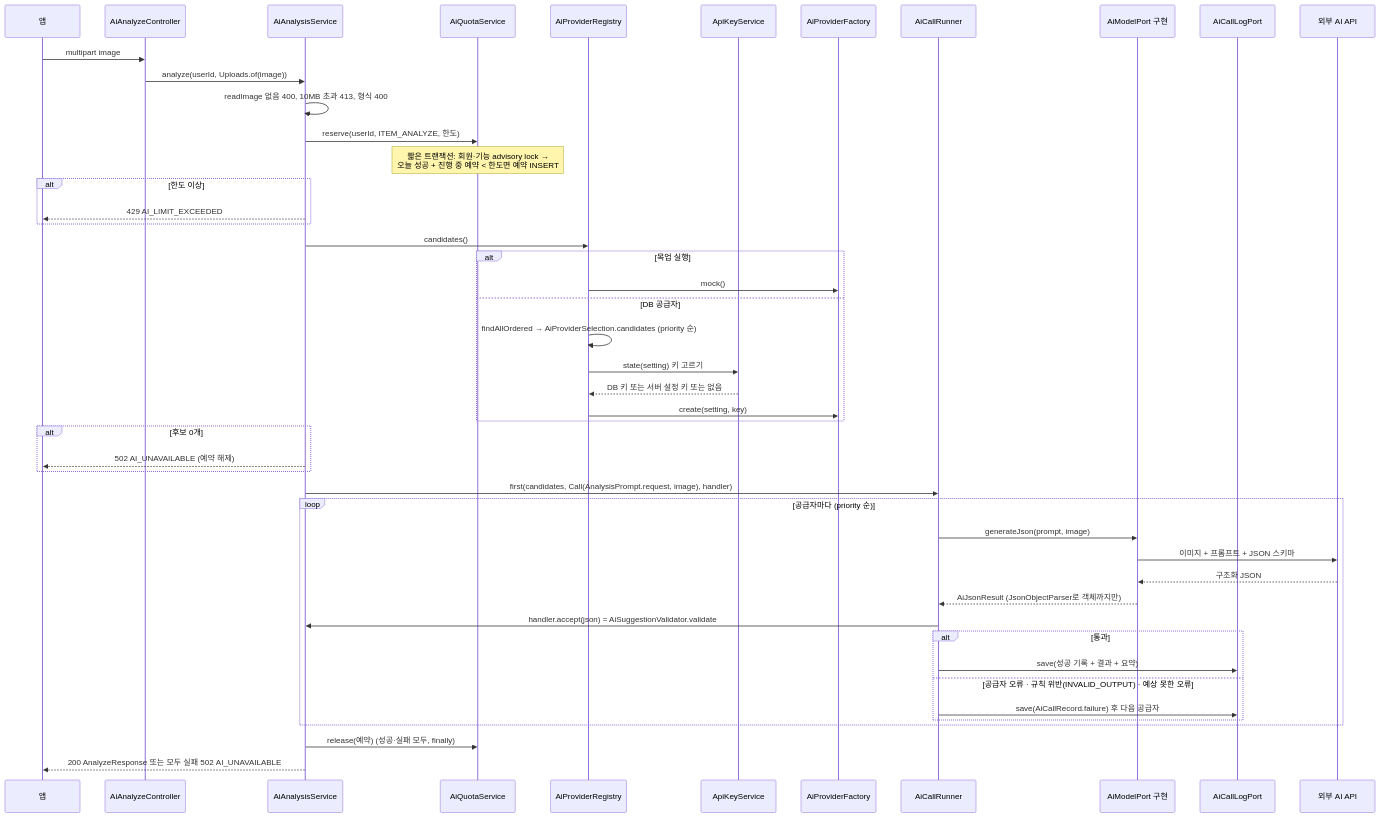
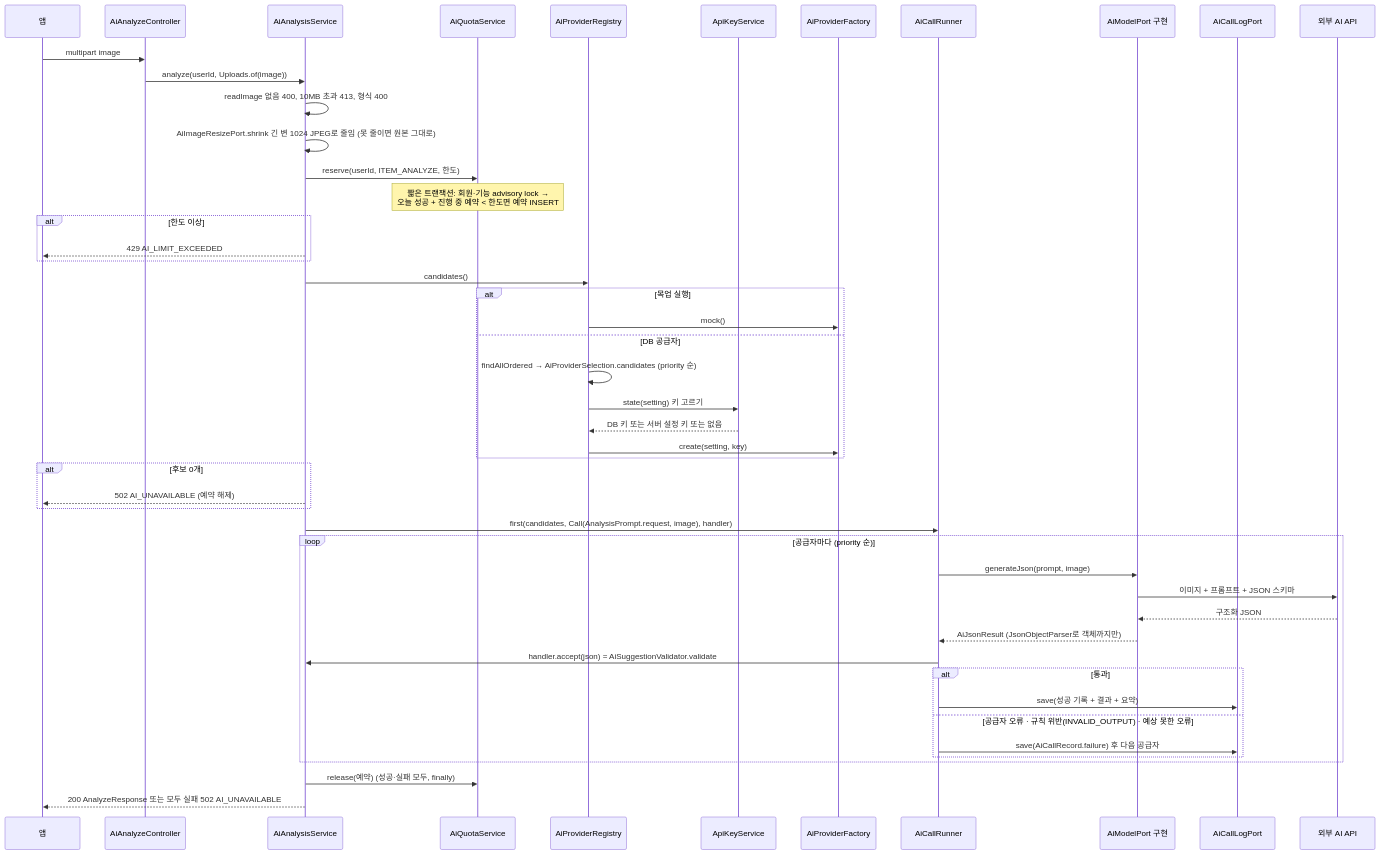
The seventh of 15 diagrams in doc/10_백엔드_흐름.md (showzone83/wearly), drawn with Mermaid before and after one commit. The commit also changed other lines of this file and 16 other files, not shown here.

````diff
--- a/doc/10_백엔드_흐름.md
+++ b/doc/10_백엔드_흐름.md
@@ -452,50 +471,51 @@
 ```mermaid
 sequenceDiagram
   participant C as 앱
   participant AC as AiAnalyzeController
   participant AS as AiAnalysisService
   participant QS as AiQuotaService
   participant RG as AiProviderRegistry
   participant KS as ApiKeyService
   participant FC as AiProviderFactory
   participant RN as AiCallRunner
   participant MP as AiModelPort 구현
   participant LG as AiCallLogPort
   participant X as 외부 AI API
 
   C->>AC: multipart image
   AC->>AS: analyze(userId, Uploads.of(image))
   AS->>AS: readImage 없음 400, 10MB 초과 413, 형식 400
+  AS->>AS: AiImageResizePort.shrink 긴 변 1024 JPEG로 줄임 (못 줄이면 원본 그대로)
   AS->>QS: reserve(userId, ITEM_ANALYZE, 한도)
   Note over QS: 짧은 트랜잭션: 회원·기능 advisory lock →<br/>오늘 성공 + 진행 중 예약 < 한도면 예약 INSERT
   alt 한도 이상
     AS-->>C: 429 AI_LIMIT_EXCEEDED
   end
   AS->>RG: candidates()
   alt 목업 실행
     RG->>FC: mock()
   else DB 공급자
     RG->>RG: findAllOrdered → AiProviderSelection.candidates (priority 순)
     RG->>KS: state(setting) 키 고르기
     KS-->>RG: DB 키 또는 서버 설정 키 또는 없음
     RG->>FC: create(setting, key)
   end
   alt 후보 0개
     AS-->>C: 502 AI_UNAVAILABLE (예약 해제)
   end
   AS->>RN: first(candidates, Call(AnalysisPrompt.request, image), handler)
   loop 공급자마다 (priority 순)
     RN->>MP: generateJson(prompt, image)
     MP->>X: 이미지 + 프롬프트 + JSON 스키마
     X-->>MP: 구조화 JSON
     MP-->>RN: AiJsonResult (JsonObjectParser로 객체까지만)
     RN->>AS: handler.accept(json) = AiSuggestionValidator.validate
     alt 통과
       RN->>LG: save(성공 기록 + 결과 + 요약)
     else 공급자 오류 · 규칙 위반(INVALID_OUTPUT) · 예상 못한 오류
       RN->>LG: save(AiCallRecord.failure) 후 다음 공급자
     end
   end
   AS->>QS: release(예약) (성공·실패 모두, finally)
   AS-->>C: 200 AnalyzeResponse 또는 모두 실패 502 AI_UNAVAILABLE
 ```
````
